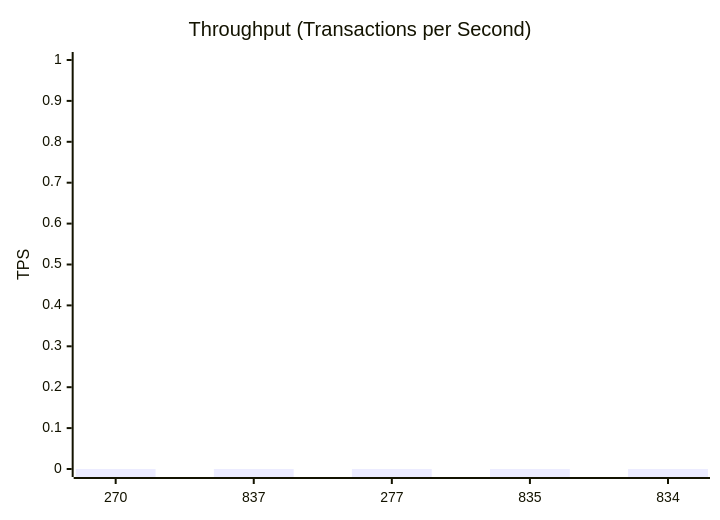
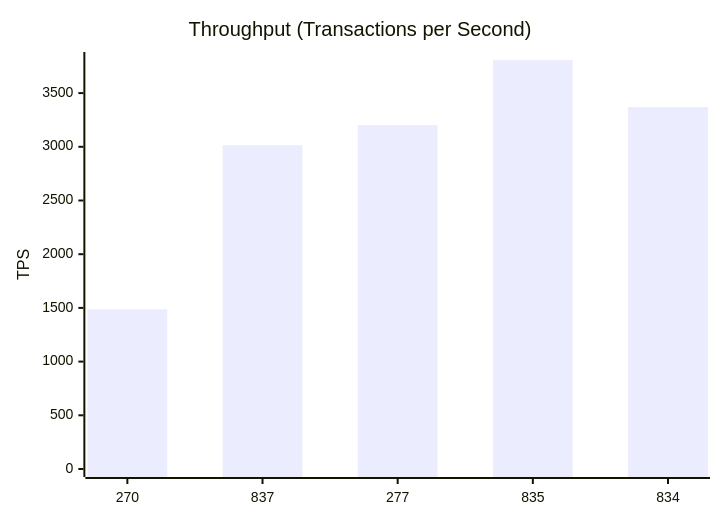
The third of 11 diagrams in test-tools/DataGen/src/Statistics_Visualizer.md (dhagan-va/intern-2025), drawn with Mermaid before and after one commit. The commit also changed other lines of this file and 2 other files, not shown here.

````diff
--- a/test-tools/DataGen/src/Statistics_Visualizer.md
+++ b/test-tools/DataGen/src/Statistics_Visualizer.md
@@ -40,7 +40,7 @@
 ```mermaid
 xychart-beta
     title "Throughput (Transactions per Second)"
     x-axis ["270", "837", "277", "835", "834"]
-    y-axis "TPS" 0 --> 1.0
-    bar [0.0, 0.0, 0.0, 0.0, 0.0]
+    y-axis "TPS" 0 --> 3808.141864665833
+    bar [1486.283340571883, 3014.4307621559124, 3201.8996379749974, 3807.141864665833, 3369.915916088274]
 ```
````
